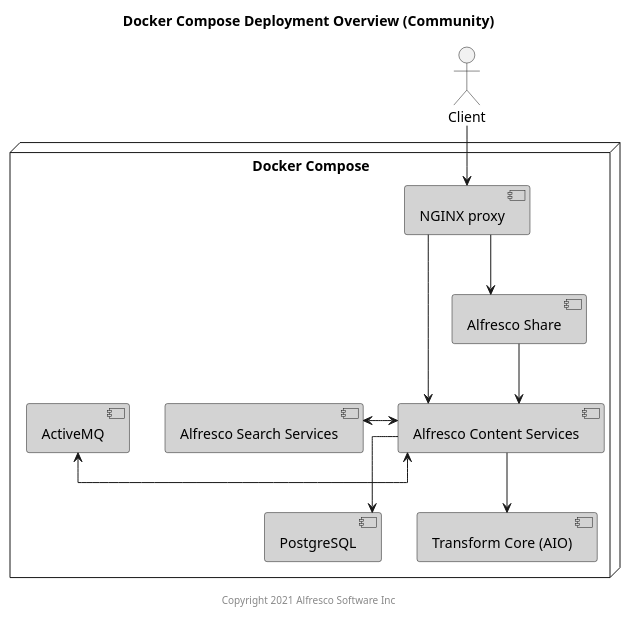
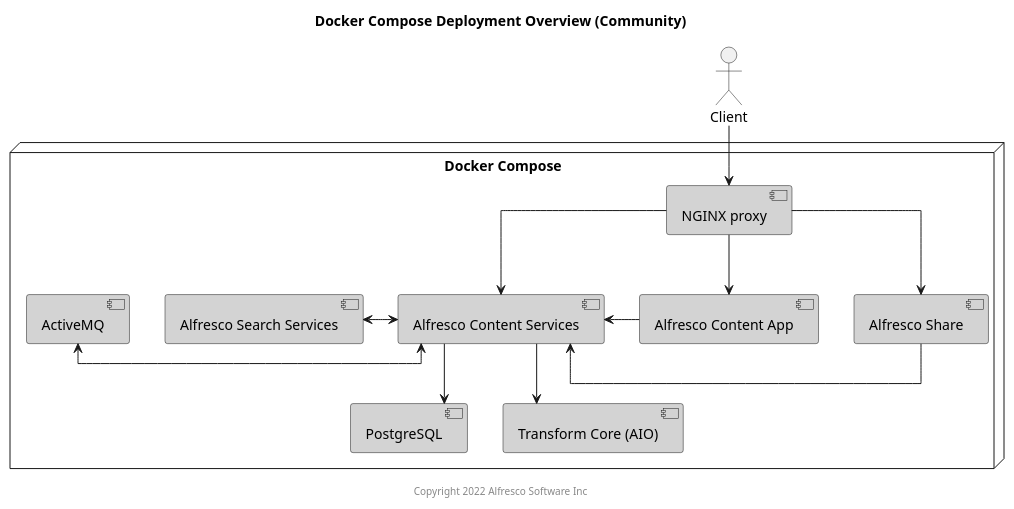
Before and after one commit to Alfresco/acs-deployment: the diagram in docs/docker-compose/diagrams/docker-compose-community.puml, drawn with PlantUML. The commit also changed 3 other files, not shown here.

Commit message:
ACA-3221: Added content-app using structures dedicated for ADW, partially changed README.md

```diff
--- a/docs/docker-compose/diagrams/docker-compose-community.puml
+++ b/docs/docker-compose/diagrams/docker-compose-community.puml
@@ -1,38 +1,41 @@
 @startuml
 
 Title: Docker Compose Deployment Overview (Community)
 
 skinparam componentStyle uml2
 skinparam linetype ortho
 skinparam rectangle {
     BorderStyle dashed
     FontSize 15
     FontStyle none
 }
 
 actor Client
 
 node "Docker Compose" {
     component "NGINX proxy" as proxy #lightgrey
     component "Alfresco Content Services" as acs #lightgrey
     component "Alfresco Search Services" as ass #lightgrey
     component "PostgreSQL" as psql #lightgrey
     component "Alfresco Share" as share #lightgrey
     component "ActiveMQ" as amq #lightgrey
     component "Transform Core (AIO)" as tcore #lightgrey
+    component "Alfresco Content App" as aca #lightgrey
 }
 
 Client --> proxy
 
 proxy --> acs
 proxy --> share
+proxy --> aca
 
 acs <-left-> ass
 acs --> psql
 acs --> tcore
 acs <-left-> amq
-share --> acs
+share -left-> acs
+aca -left-> acs
 
-center footer Copyright 2021 Alfresco Software Inc
+center footer Copyright 2022 Alfresco Software Inc
 
 @enduml
```
